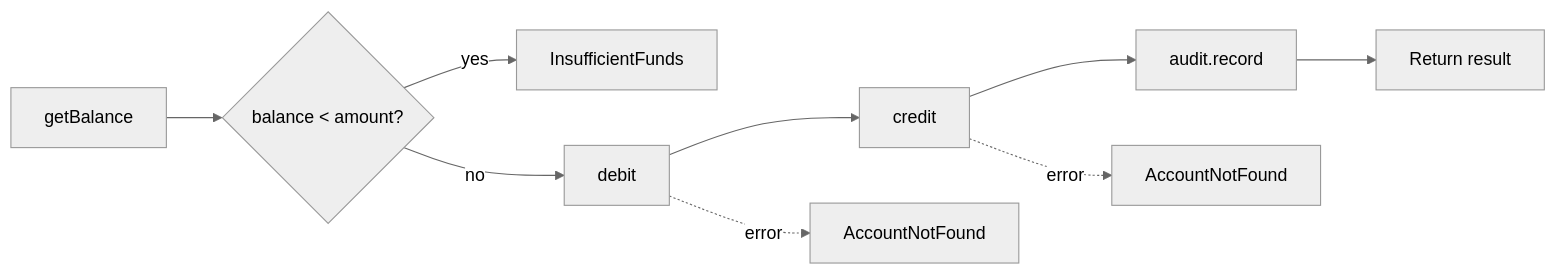
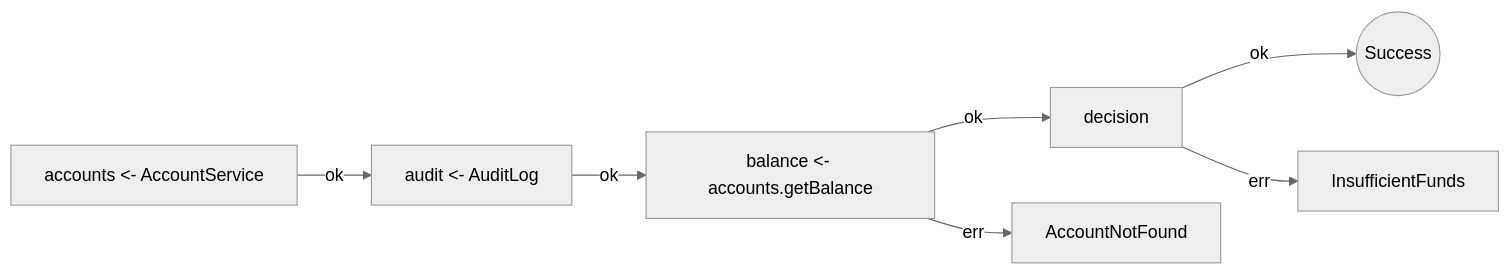
The diagram in apps/docs/src/content/docs/diagrams/railway.mdx (jagreehal/effect-analyzer), drawn with Mermaid (neutral theme) before and after one commit. The commit also changed other lines of this file and 42 other files, not shown here.

````diff
--- a/apps/docs/src/content/docs/diagrams/railway.mdx
+++ b/apps/docs/src/content/docs/diagrams/railway.mdx
@@ -32,11 +14,9 @@
 ```mermaid
-graph LR
-  A[getBalance] --> B{balance < amount?}
-  B -->|yes| E1[InsufficientFunds]
-  B -->|no| C[debit]
-  C --> D[credit]
-  D --> F[audit.record]
-  F --> G[Return result]
-  C -.->|error| E2[AccountNotFound]
-  D -.->|error| E3[AccountNotFound]
+flowchart LR
+  A[accounts #lt;- AccountService] -->|ok| B[audit #lt;- AuditLog]
+  B -->|ok| C[balance #lt;- accounts.getBalance]
+  C -->|ok| D[decision]
+  D -->|ok| Done((Success))
+  C -->|err| CE[AccountNotFound]
+  D -->|err| DE[InsufficientFunds]
 ```
````
